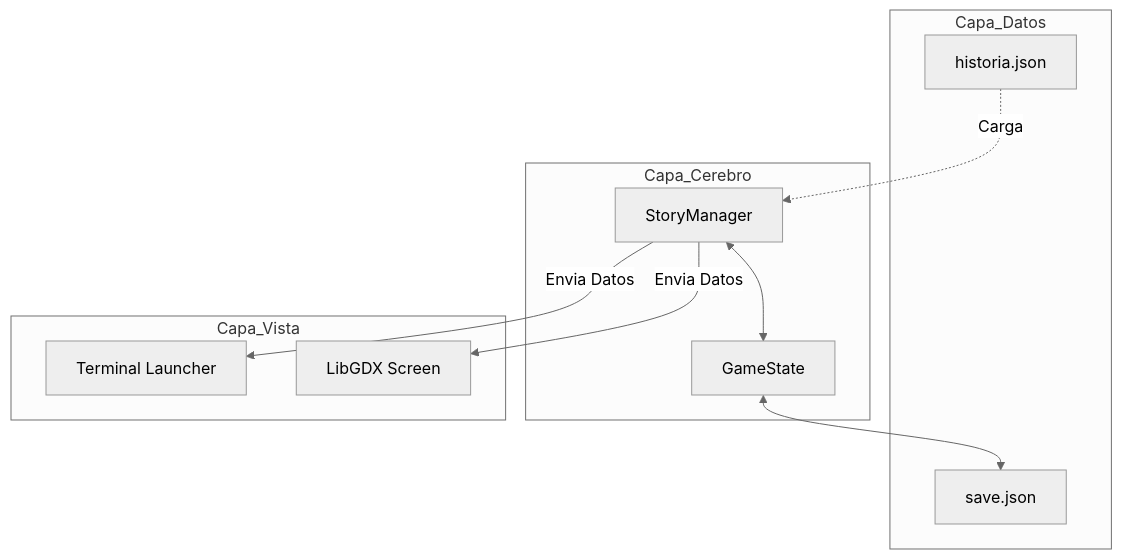
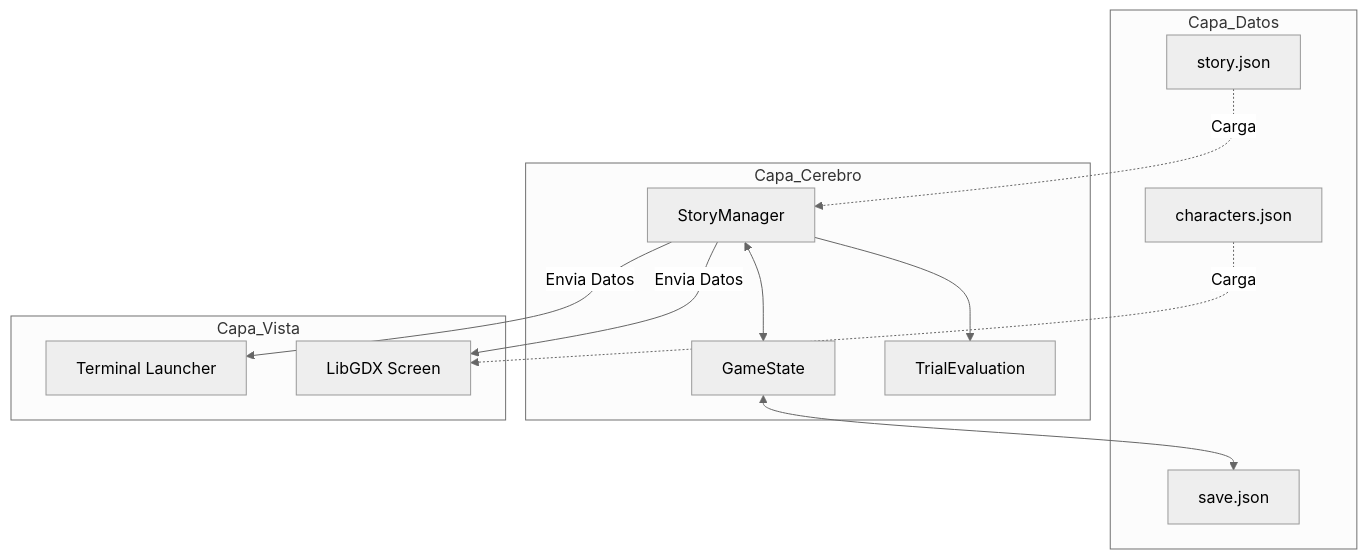
The first of 3 diagrams in README.md (JoseEstevez520/Intentia), drawn with Mermaid (neutral theme) before and after one commit. The commit also changed other lines of this file, not shown here.

````diff
--- a/README.md
+++ b/README.md
@@ -24,20 +24,24 @@
 ```mermaid
 graph TD
     subgraph Capa_Datos
-        D[historia.json]
+        D[story.json]
+        C[characters.json]
         S[save.json]
     end
     subgraph Capa_Cerebro
         M[StoryManager]
         G[GameState]
+        E[TrialEvaluation]
     end
     subgraph Capa_Vista
         T[Terminal Launcher]
         L[LibGDX Screen]
     end
     D -.->|Carga| M
+    C -.->|Carga| L
     M <--> G
+    M --> E
     G <--> S
     M -->|Envia Datos| T
     M -->|Envia Datos| L
 ```
````
